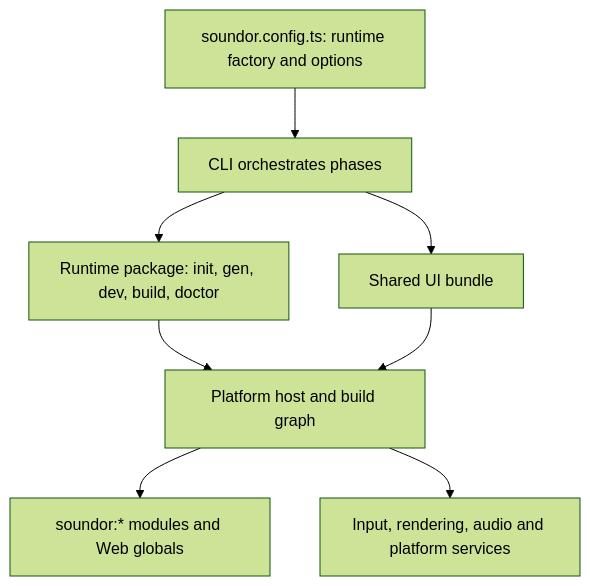
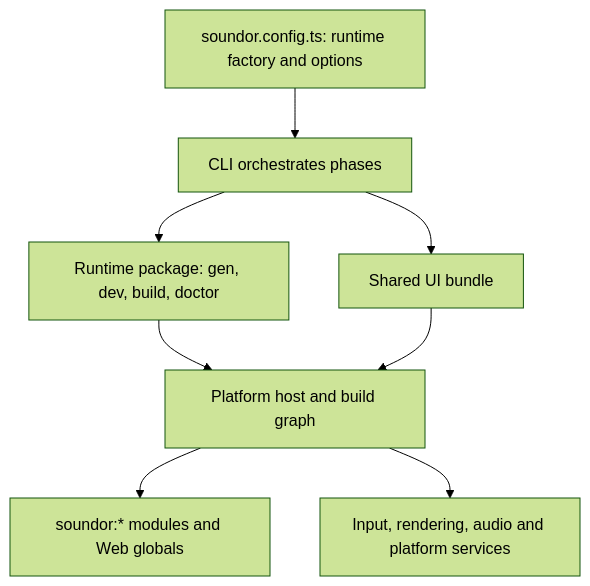
One commit to soundor/soundor changed the diagram in apps/website/content/docs/contribute/build-runtime/index.md. Above: the diagram before and after it, drawn with Mermaid (forest theme). The commit also changed other lines of this file and 61 other files, not shown here.

````diff
--- a/apps/website/content/docs/contribute/build-runtime/index.md
+++ b/apps/website/content/docs/contribute/build-runtime/index.md
@@ -21,10 +21,10 @@
 ```mermaid
 flowchart TD
     config["soundor.config.ts: runtime factory and options"] --> cli["CLI orchestrates phases"]
-    cli --> node["Runtime package: init, gen, dev, build, doctor"]
+    cli --> node["Runtime package: gen, dev, build, doctor"]
     cli --> bundle["Shared UI bundle"]
     node --> host["Platform host and build graph"]
     bundle --> host
     host --> modules["soundor:* modules and Web globals"]
     host --> platform["Input, rendering, audio and platform services"]
 ```
````
